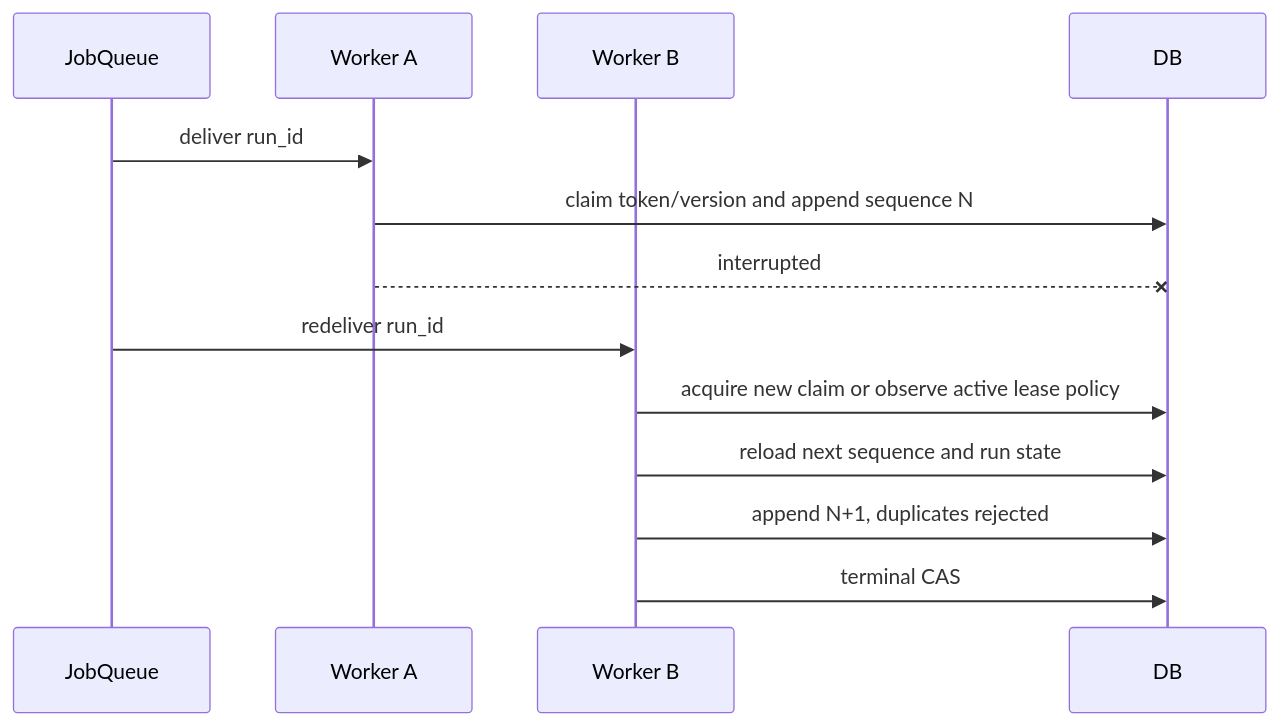
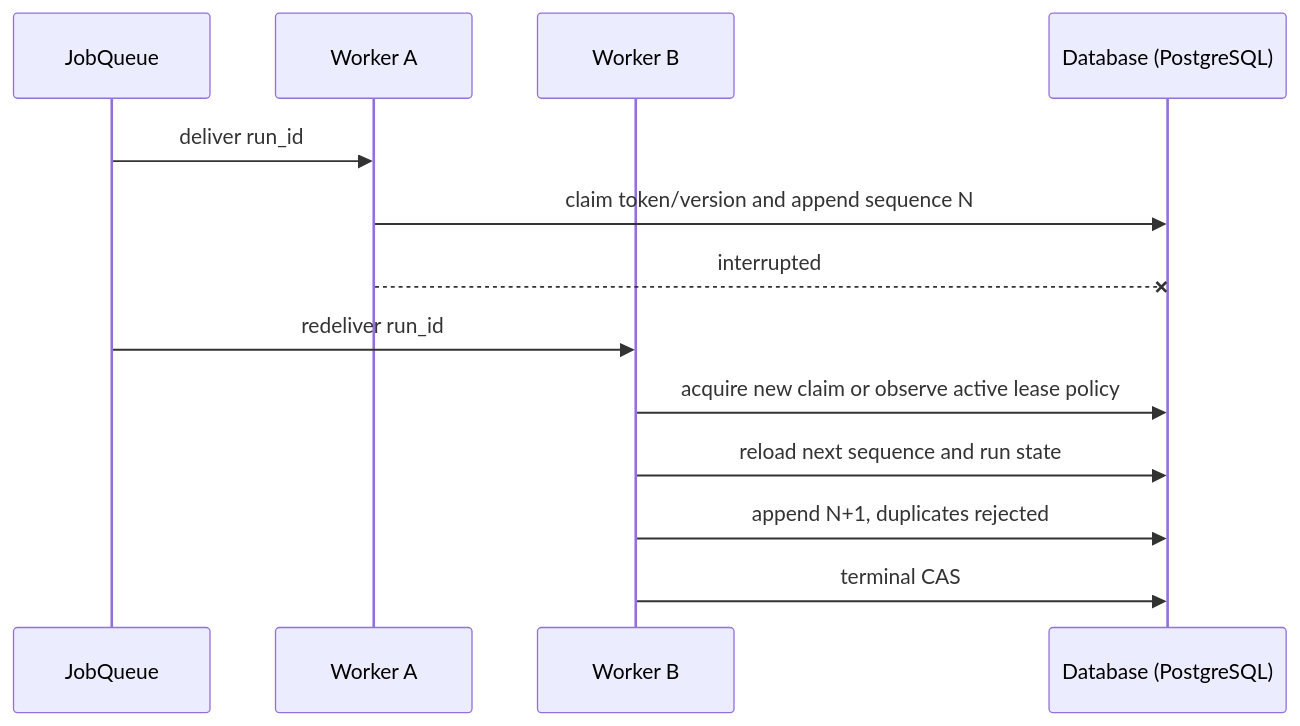
Before and after one commit to DATN-K23/harness: the sixth of 7 diagrams in blueprint/architecture/sequences.md, drawn with Mermaid. The commit also changed other lines of this file and 4 other files, not shown here.

Commit message:
docs(blueprint): standardize core identity, tech stack, and architectural sequences

````diff
--- a/blueprint/architecture/sequences.md
+++ b/blueprint/architecture/sequences.md
@@ -181,15 +186,15 @@
 ```mermaid
 sequenceDiagram
   participant Q as JobQueue
   participant W1 as Worker A
   participant W2 as Worker B
-  participant DB
+  participant DB as Database (PostgreSQL)
   Q->>W1: deliver run_id
   W1->>DB: claim token/version and append sequence N
   W1--xDB: interrupted
   Q->>W2: redeliver run_id
   W2->>DB: acquire new claim or observe active lease policy
   W2->>DB: reload next sequence and run state
   W2->>DB: append N+1, duplicates rejected
   W2->>DB: terminal CAS
 ```
````
